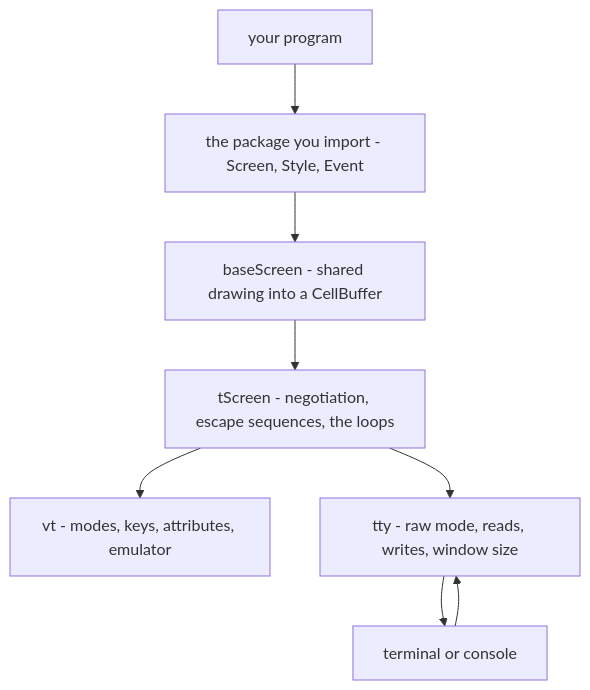
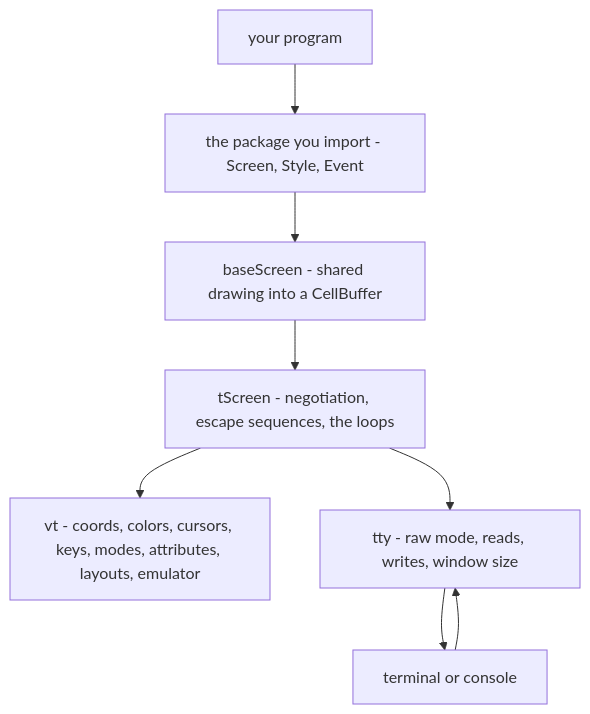
Before and after one commit to radix29/tcell-wiki-draft: the first of 3 diagrams in Architecture.md, drawn with Mermaid. The commit also changed other lines of this file, not shown here.

Commit message:
Updated Architecture (markdown)

````diff
--- a/Architecture.md
+++ b/Architecture.md
@@ -13,10 +13,10 @@
 ```mermaid
 flowchart TB
   app["your program"] --> pub["the package you import - Screen, Style, Event"]
   pub --> base["baseScreen - shared drawing into a CellBuffer"]
   base --> tscr["tScreen - negotiation, escape sequences, the loops"]
-  tscr --> vtdef["vt - modes, keys, attributes, emulator"]
+  tscr --> vtdef["vt - coords, colors, cursors, keys, modes, attributes, layouts, emulator"]
   tscr --> tty["tty - raw mode, reads, writes, window size"]
   tty --> term["terminal or console"]
   term --> tty
 ```
````
